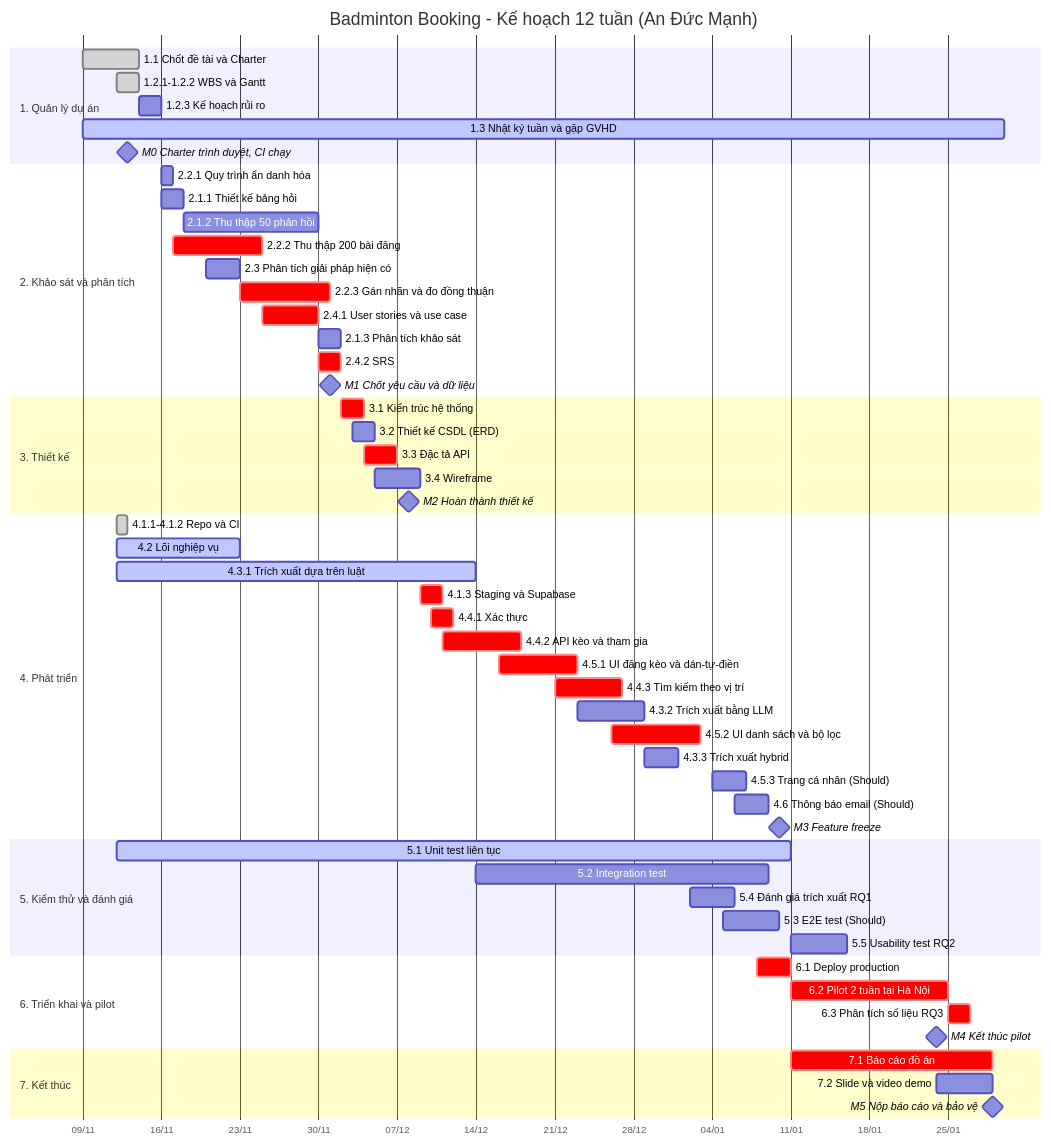
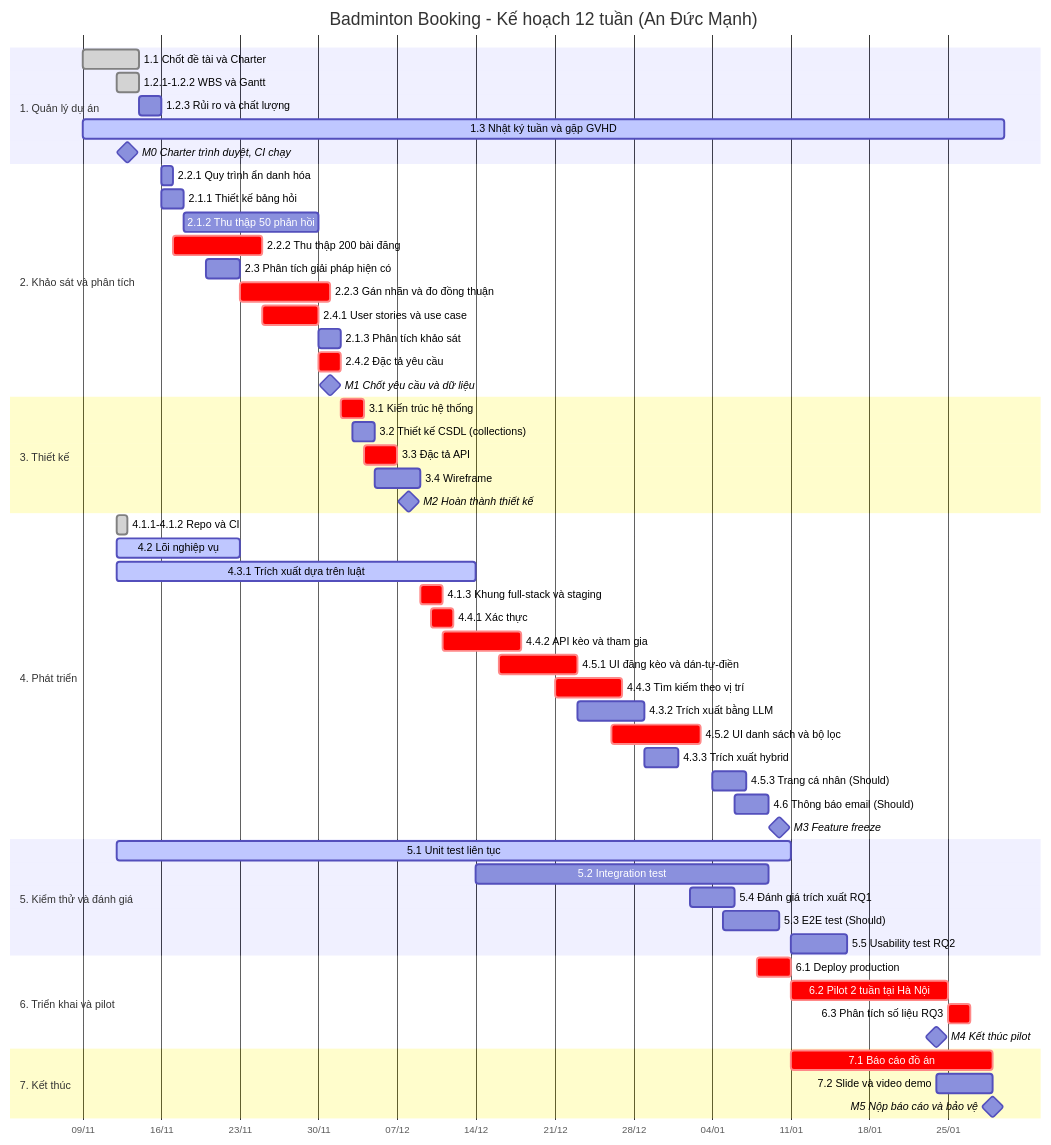
The diagram in docs/03-gantt.md (DucManh300905/Badminton-Matching), drawn with Mermaid before and after one commit. The commit also changed other lines of this file and 98 other files, not shown here.

````diff
--- a/docs/03-gantt.md
+++ b/docs/03-gantt.md
@@ -10,68 +10,68 @@
 ```mermaid
 gantt
     title Badminton Booking - Kế hoạch 12 tuần (An Đức Mạnh)
     dateFormat YYYY-MM-DD
     axisFormat %d/%m
     tickInterval 1week
     weekday monday
 
     section 1. Quản lý dự án
     1.1 Chốt đề tài và Charter           :done,   t11,  2026-11-09, 5d
     1.2.1-1.2.2 WBS và Gantt             :done,   t122, 2026-11-12, 2d
-    1.2.3 Kế hoạch rủi ro                :        t123, 2026-11-14, 2d
+    1.2.3 Rủi ro và chất lượng          :        t123, 2026-11-14, 2d
     1.3 Nhật ký tuần và gặp GVHD         :active, t13,  2026-11-09, 82d
     M0 Charter trình duyệt, CI chạy      :milestone, m0, 2026-11-13, 0d
 
     section 2. Khảo sát và phân tích
     2.2.1 Quy trình ẩn danh hóa          :        t221, 2026-11-16, 1d
     2.1.1 Thiết kế bảng hỏi              :        t211, 2026-11-16, 2d
     2.1.2 Thu thập 50 phản hồi           :        t212, 2026-11-18, 12d
     2.2.2 Thu thập 200 bài đăng          :crit,   t222, 2026-11-17, 8d
     2.3 Phân tích giải pháp hiện có      :        t23,  2026-11-20, 3d
     2.2.3 Gán nhãn và đo đồng thuận      :crit,   t223, 2026-11-23, 8d
     2.4.1 User stories và use case       :crit,   t241, 2026-11-25, 5d
     2.1.3 Phân tích khảo sát             :        t213, 2026-11-30, 2d
-    2.4.2 SRS                            :crit,   t242, 2026-11-30, 2d
+    2.4.2 Đặc tả yêu cầu                 :crit,   t242, 2026-11-30, 2d
     M1 Chốt yêu cầu và dữ liệu           :milestone, m1, 2026-12-01, 0d
 
     section 3. Thiết kế
     3.1 Kiến trúc hệ thống               :crit,   t31,  2026-12-02, 2d
-    3.2 Thiết kế CSDL (ERD)              :        t32,  2026-12-03, 2d
+    3.2 Thiết kế CSDL (collections)      :        t32,  2026-12-03, 2d
     3.3 Đặc tả API                       :crit,   t33,  2026-12-04, 3d
     3.4 Wireframe                        :        t34,  2026-12-05, 4d
     M2 Hoàn thành thiết kế               :milestone, m2, 2026-12-08, 0d
 
     section 4. Phát triển
     4.1.1-4.1.2 Repo và CI               :done,   t411, 2026-11-12, 1d
     4.2 Lõi nghiệp vụ                    :active, t42,  2026-11-12, 11d
     4.3.1 Trích xuất dựa trên luật       :active, t431, 2026-11-12, 32d
-    4.1.3 Staging và Supabase            :crit,   t413, 2026-12-09, 2d
+    4.1.3 Khung full-stack và staging    :crit,   t413, 2026-12-09, 2d
     4.4.1 Xác thực                       :crit,   t441, 2026-12-10, 2d
     4.4.2 API kèo và tham gia            :crit,   t442, 2026-12-11, 7d
     4.5.1 UI đăng kèo và dán-tự-điền     :crit,   t451, 2026-12-16, 7d
     4.4.3 Tìm kiếm theo vị trí           :crit,   t443, 2026-12-21, 6d
     4.3.2 Trích xuất bằng LLM            :        t432, 2026-12-23, 6d
     4.5.2 UI danh sách và bộ lọc         :crit,   t452, 2026-12-26, 8d
     4.3.3 Trích xuất hybrid              :        t433, 2026-12-29, 3d
     4.5.3 Trang cá nhân (Should)         :        t453, 2027-01-04, 3d
     4.6 Thông báo email (Should)         :        t46,  2027-01-06, 3d
     M3 Feature freeze                    :milestone, m3, 2027-01-10, 0d
 
     section 5. Kiểm thử và đánh giá
     5.1 Unit test liên tục               :active, t51,  2026-11-12, 60d
     5.2 Integration test                 :        t52,  2026-12-14, 26d
     5.4 Đánh giá trích xuất RQ1          :        t54,  2027-01-02, 4d
     5.3 E2E test (Should)                :        t53,  2027-01-05, 5d
     5.5 Usability test RQ2               :        t55,  2027-01-11, 5d
 
     section 6. Triển khai và pilot
     6.1 Deploy production                :crit,   t61,  2027-01-08, 3d
     6.2 Pilot 2 tuần tại Hà Nội          :crit,   t62,  2027-01-11, 14d
     6.3 Phân tích số liệu RQ3            :crit,   t63,  2027-01-25, 2d
     M4 Kết thúc pilot                    :milestone, m4, 2027-01-24, 0d
 
     section 7. Kết thúc
     7.1 Báo cáo đồ án                    :crit,   t71,  2027-01-11, 18d
     7.2 Slide và video demo              :        t72,  2027-01-24, 5d
     M5 Nộp báo cáo và bảo vệ             :milestone, m5, 2027-01-29, 0d
 ```
````
